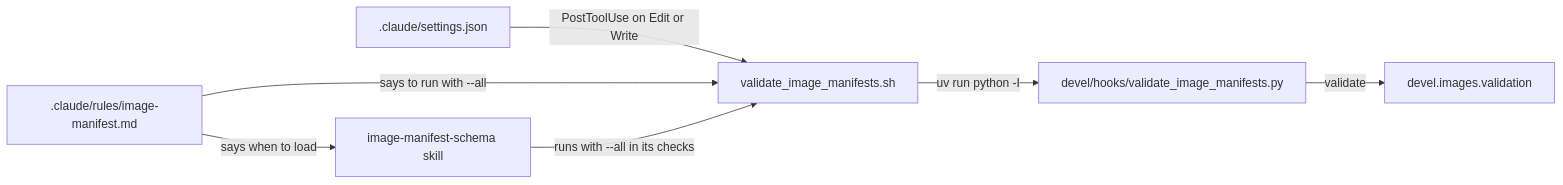
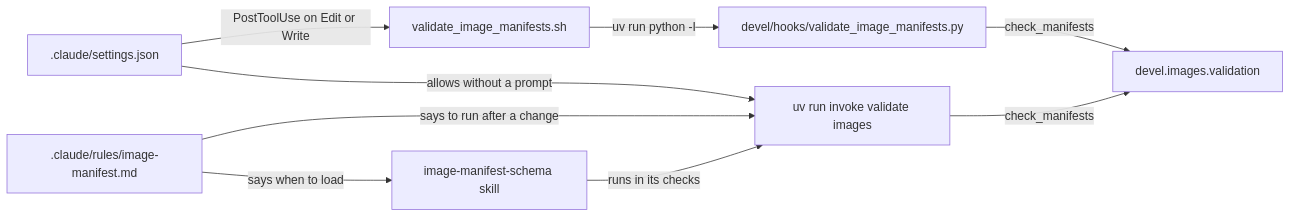
Before and after one commit to froazin/devcontainers: the first of 2 diagrams in docs/claude-code-hooks.md, drawn with Mermaid. The commit also changed other lines of this file and 12 other files, not shown here.

````diff
--- a/docs/claude-code-hooks.md
+++ b/docs/claude-code-hooks.md
@@ -23,11 +23,13 @@
 ```mermaid
 flowchart LR
     accTitle: The parts of the image manifest hook
-    accDescr: settings.json registers the shell wrapper as a PostToolUse hook. The wrapper runs the Python script through uv run from the repository root, and the script calls devel.images.validation. The path-scoped rule tells Claude when to load the image-manifest-schema skill and to run the wrapper with --all.
+    accDescr: settings.json registers the shell wrapper as a PostToolUse hook, and allows uv run invoke validate images without a prompt. The wrapper runs the Python script through uv run from the repository root. The script and the validate task both call check_manifests in devel.images.validation. The path-scoped rule tells Claude when to load the image-manifest-schema skill and to run the validate task, and the skill runs it in its checks.
     settings[.claude/settings.json] -->|PostToolUse on Edit or Write| wrapper[validate_image_manifests.sh]
+    settings -->|allows without a prompt| task[uv run invoke validate images]
     wrapper -->|uv run python -I| script[devel/hooks/validate_image_manifests.py]
-    script -->|validate| validation[devel.images.validation]
+    script -->|check_manifests| validation[devel.images.validation]
+    task -->|check_manifests| validation
     rule[.claude/rules/image-manifest.md] -->|says when to load| skill[image-manifest-schema skill]
-    rule -->|says to run with --all| wrapper
-    skill -->|runs with --all in its checks| wrapper
+    rule -->|says to run after a change| task
+    skill -->|runs in its checks| task
 ```
````
